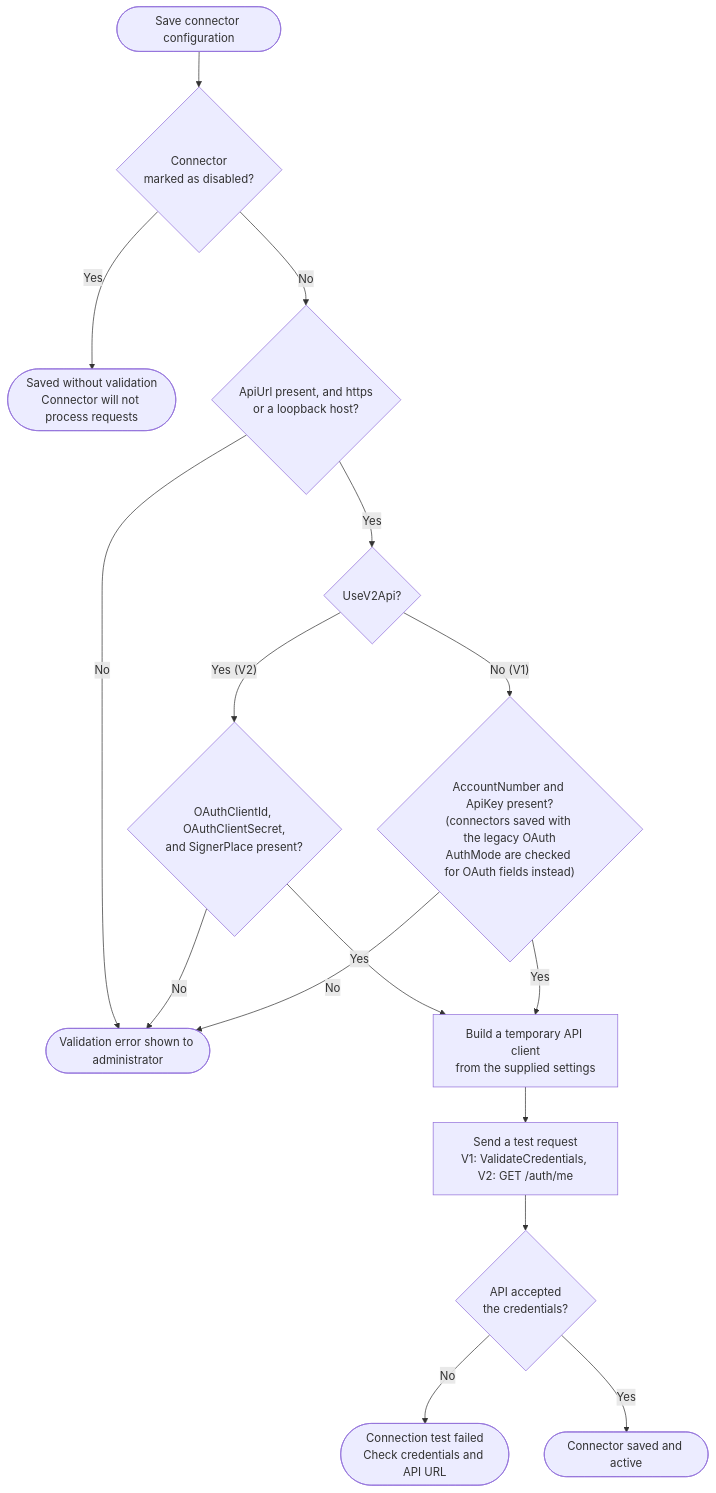
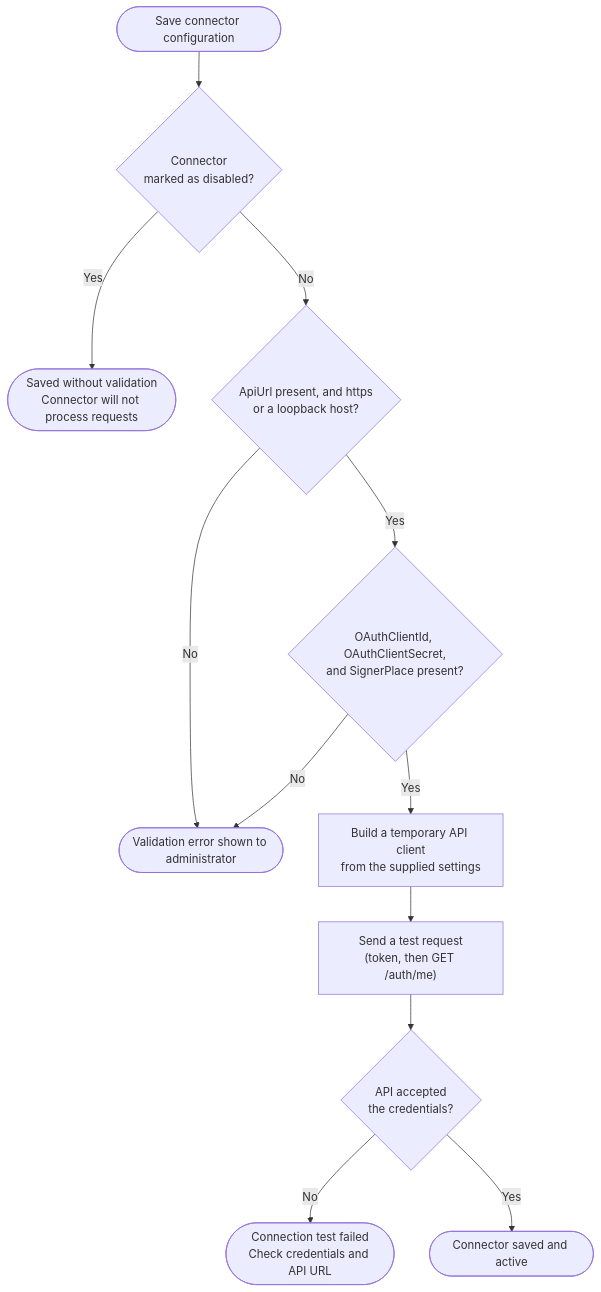
Before and after one commit to Keyfactor/certinext-caplugin: the sixth of 6 diagrams in docsource/architecture.md, drawn with Mermaid. The commit also changed other lines of this file and 9 other files, not shown here.

````diff
--- a/docsource/architecture.md
+++ b/docsource/architecture.md
@@ -523,18 +329,14 @@
 ```mermaid
 flowchart TD
     A([Save connector configuration]) --> B{Connector<br/>marked as disabled?}
     B -- Yes --> C(["Saved without validation<br/>Connector will not process requests"])
     B -- No --> D{"ApiUrl present, and https<br/>or a loopback host?"}
     D -- No --> E(["Validation error shown to administrator"])
-    D -- Yes --> F{UseV2Api?}
-    F -- "Yes (V2)" --> G{"OAuthClientId, OAuthClientSecret,<br/>and SignerPlace present?"}
-    F -- "No (V1)" --> H{"AccountNumber and ApiKey present?<br/>(connectors saved with the legacy OAuth<br/>AuthMode are checked for OAuth fields instead)"}
+    D -- Yes --> G{"OAuthClientId, OAuthClientSecret,<br/>and SignerPlace present?"}
     G -- No --> E
-    H -- No --> E
     G -- Yes --> I["Build a temporary API client<br/>from the supplied settings"]
-    H -- Yes --> I
-    I --> J["Send a test request<br/>V1: ValidateCredentials, V2: GET /auth/me"]
+    I --> J["Send a test request<br/>(token, then GET /auth/me)"]
     J --> K{API accepted<br/>the credentials?}
     K -- No --> L(["Connection test failed<br/>Check credentials and API URL"])
     K -- Yes --> M(["Connector saved and active"])
 ```
````
